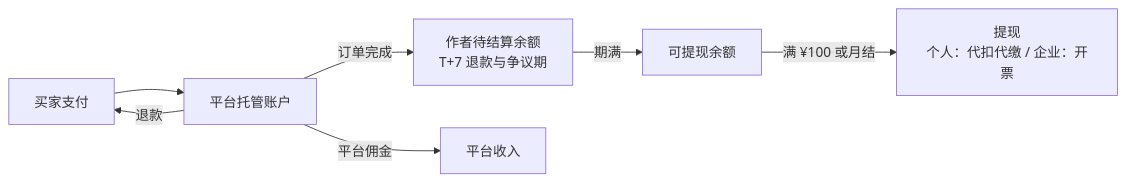
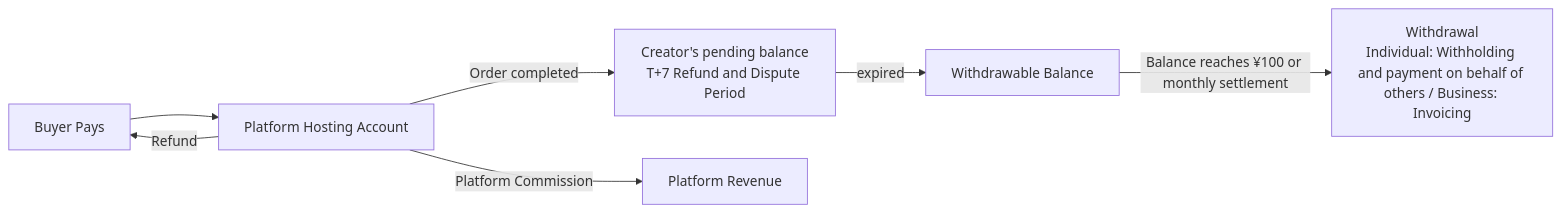
Diagram 15 of 17 in docs/prd.md (Runqi518/SPARKLE-AI---Your-Creativity-Deserves-a-Market), drawn with Mermaid before and after one commit. The commit also changed other lines of this file and 60 other files, not shown here.

````diff
--- a/docs/prd.md
+++ b/docs/prd.md
@@ -1465,9 +1439,9 @@
 ```mermaid
 flowchart LR
-    Buyer[买家支付] --> Escrow[平台托管账户]
-    Escrow -->|订单完成| Pending[作者待结算余额<br/>T+7 退款与争议期]
-    Pending -->|期满| Avail[可提现余额]
-    Avail -->|满 ¥100 或月结| Payout[提现<br/>个人：代扣代缴 / 企业：开票]
-    Escrow -->|平台佣金| Revenue[平台收入]
-    Escrow -->|退款| Buyer
+    Buyer[Buyer Pays] --> Escrow[Platform Hosting Account]
+    Escrow -->|Order completed| Pending[Creator's pending balance<br/>T+7 Refund and Dispute Period]
+    Pending -->|expired| Avail[Withdrawable Balance]
+    Avail -->|Balance reaches ¥100 or monthly settlement| Payout[Withdrawal<br/>Individual: Withholding and payment on behalf of others / Business: Invoicing]
+    Escrow -->|Platform Commission| Revenue[Platform Revenue]
+    Escrow -->|Refund| Buyer
 ```
````
